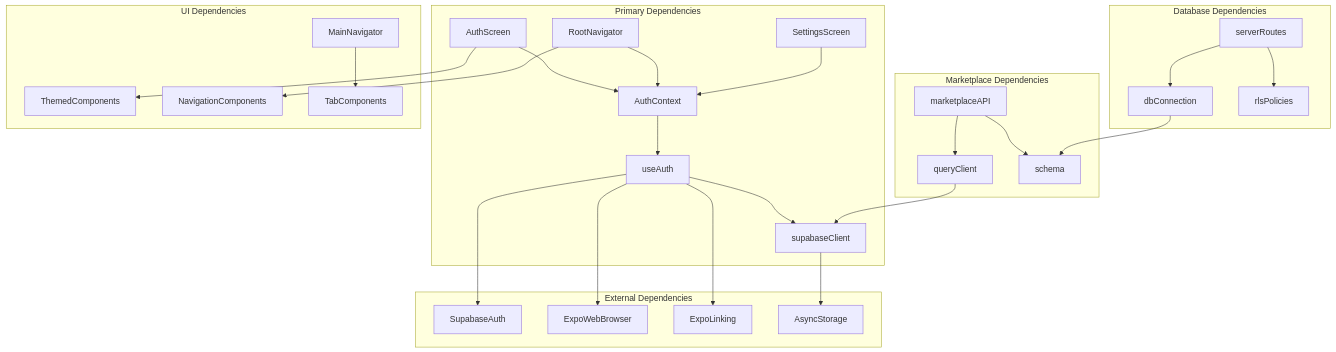
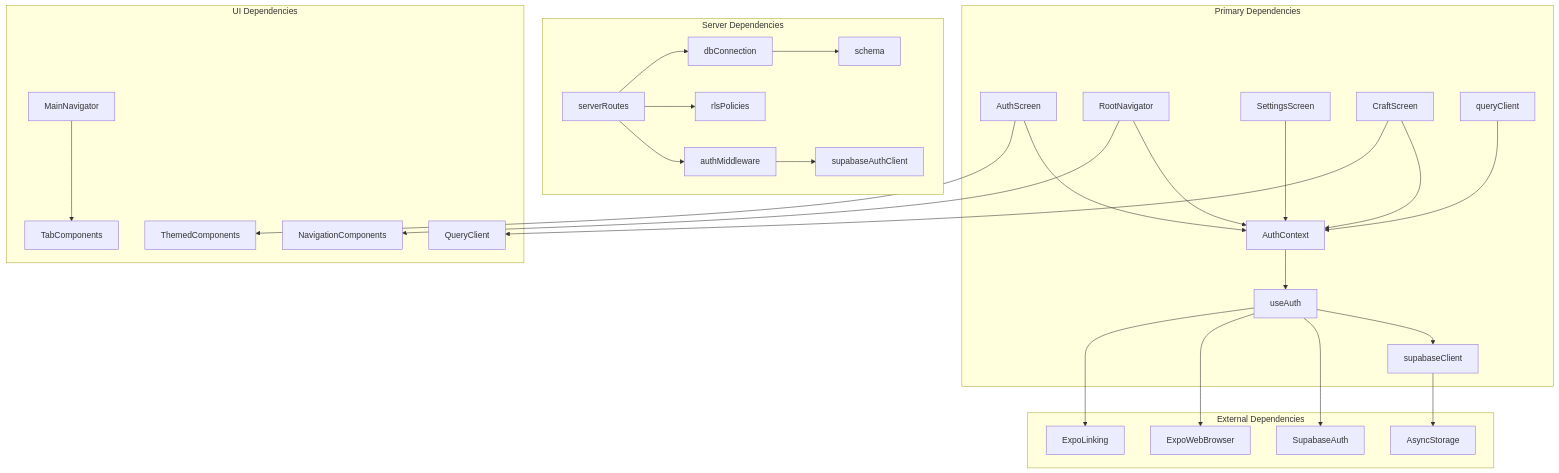
Diagram 13 of 13 in .qoder/repowiki/en/content/User Management/Authentication System.md (hunglevi87/Hidden-Gem), drawn with Mermaid before and after one commit. The commit also changed other lines of this file and 14 other files, not shown here.

````diff
--- a/.qoder/repowiki/en/content/User Management/Authentication System.md
+++ b/.qoder/repowiki/en/content/User Management/Authentication System.md
@@ -534,31 +591,31 @@
 ```mermaid
 graph TB
 subgraph "Primary Dependencies"
 AuthContext --> useAuth
 useAuth --> supabaseClient
 AuthScreen --> AuthContext
 RootNavigator --> AuthContext
 SettingsScreen --> AuthContext
+CraftScreen --> AuthContext
+queryClient --> AuthContext
 end
-subgraph "Marketplace Dependencies"
-marketplaceAPI --> queryClient
-queryClient --> supabaseClient
-marketplaceAPI --> schema
-end
-subgraph "Database Dependencies"
+subgraph "Server Dependencies"
 serverRoutes --> dbConnection
 dbConnection --> schema
 serverRoutes --> rlsPolicies
+serverRoutes --> authMiddleware
+authMiddleware --> supabaseAuthClient
 end
 subgraph "External Dependencies"
 useAuth --> SupabaseAuth
 useAuth --> ExpoWebBrowser
 useAuth --> ExpoLinking
 supabaseClient --> AsyncStorage
 end
 subgraph "UI Dependencies"
 AuthScreen --> ThemedComponents
 RootNavigator --> NavigationComponents
 MainNavigator --> TabComponents
+CraftScreen --> QueryClient
 end
 ```
````
